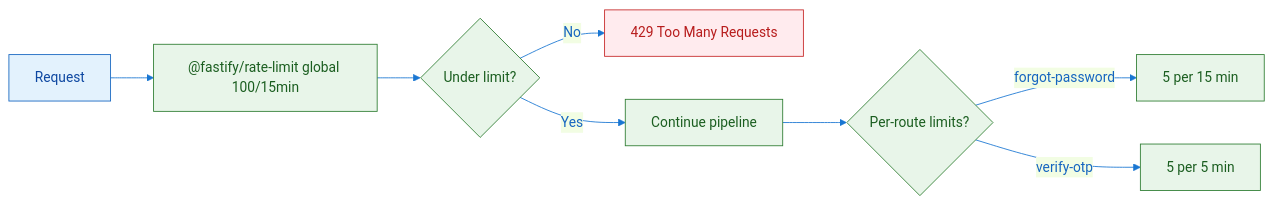
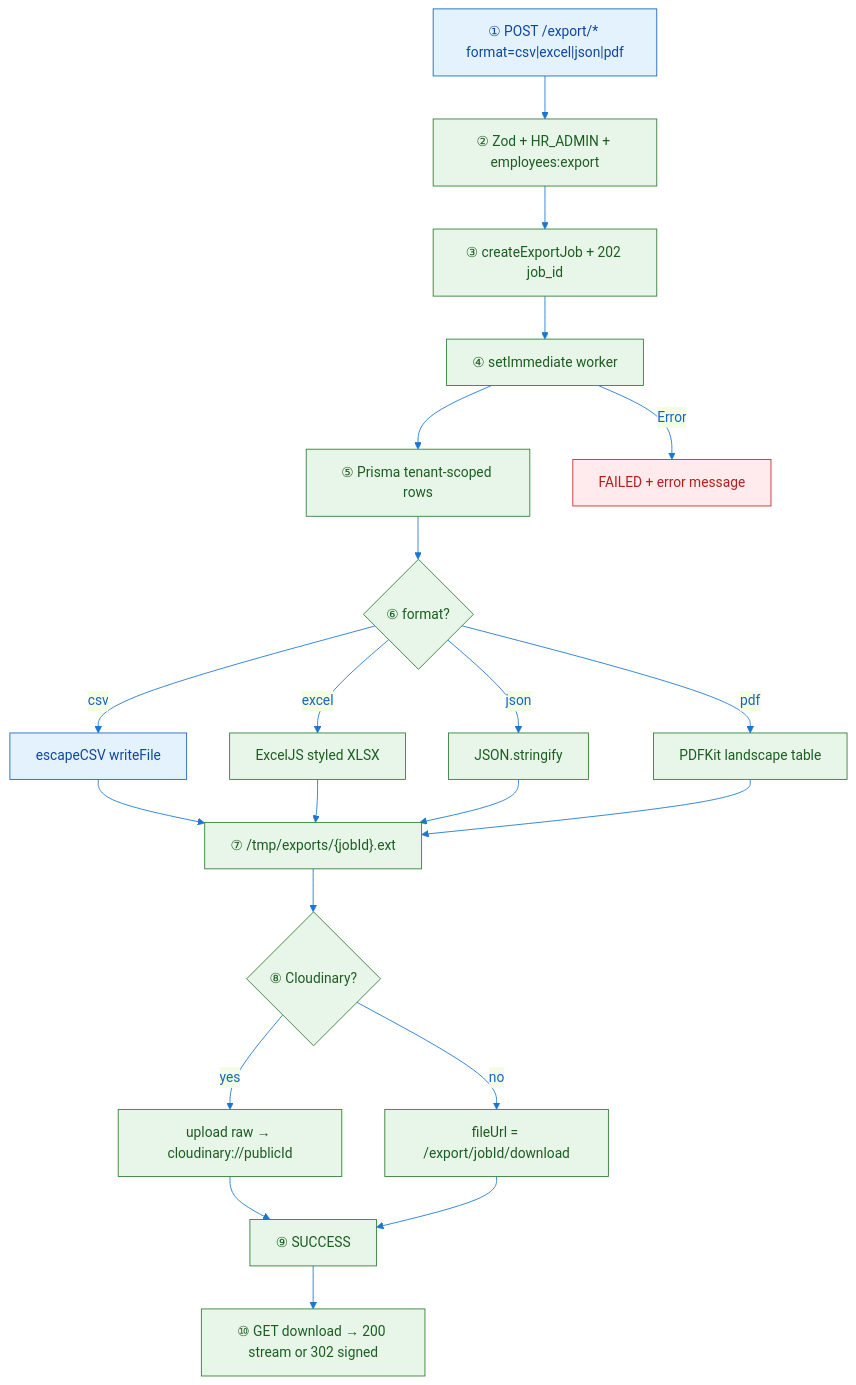
Before and after one commit to saeedafri/Employee-management-system: the diagram in docs/.pdf-assets/diagram-33.mmd, drawn with Mermaid. The commit also changed 114 other files, not shown here.

Commit message:
PDF and CSV files Changes

```diff
--- a/docs/.pdf-assets/diagram-33.mmd
+++ b/docs/.pdf-assets/diagram-33.mmd
@@ -1,18 +1,31 @@
-flowchart LR
+flowchart TD
 %%{init: {'theme': 'base', 'themeVariables': { 'primaryColor': '#e3f2fd', 'primaryTextColor': '#1565c0', 'lineColor': '#1976d2'}}}%%
-REQ[Request] --> RL["@fastify/rate-limit global 100/15min"]
-    RL --> OK{Under limit?}
-    OK -->|Yes| NEXT[Continue pipeline]
-    OK -->|No| 429[429 Too Many Requests]
-    NEXT --> ROUTE{Per-route limits?}
-    ROUTE -->|forgot-password| R5["5 per 15 min"]
-    ROUTE -->|verify-otp| R5b["5 per 5 min"]
+P1["① POST /export/* format=csv|excel|json|pdf"] --> P2["② Zod + HR_ADMIN + employees:export"]
+P2 --> P3["③ createExportJob + 202 job_id"]
+P3 --> P4["④ setImmediate worker"]
+P4 --> P5["⑤ Prisma tenant-scoped rows"]
+P5 --> P6{"⑥ format?"}
+P6 -->|csv| C1["escapeCSV writeFile"]
+P6 -->|excel| C2["ExcelJS styled XLSX"]
+P6 -->|json| C3["JSON.stringify"]
+P6 -->|pdf| C4["PDFKit landscape table"]
+C1 --> P7["⑦ /tmp/exports/{jobId}.ext"]
+C2 --> P7
+C3 --> P7
+C4 --> P7
+P7 --> P8{"⑧ Cloudinary?"}
+P8 -->|yes| P9["upload raw → cloudinary://publicId"]
+P8 -->|no| P10["fileUrl = /export/jobId/download"]
+P9 --> P11["⑨ SUCCESS"]
+P10 --> P11
+P11 --> P12["⑩ GET download → 200 stream or 302 signed"]
+P4 -->|Error| F1["FAILED + error message"]
 
 classDef client fill:#e3f2fd,stroke:#1565c0,color:#0d47a1
     classDef api fill:#e8f5e9,stroke:#2e7d32,color:#1b5e20
     classDef db fill:#fff3e0,stroke:#ef6c00,color:#e65100
     classDef external fill:#f3e5f5,stroke:#7b1fa2,color:#4a148c
     classDef warn fill:#ffebee,stroke:#c62828,color:#b71c1c
-    class REQ client
-    class NEXT,OK,R5,R5b,RL,ROUTE api
-    class 429 warn
+    class C1,P1 client
+    class C2,C3,C4,P10,P11,P12,P2,P3,P4,P5,P6,P7,P8,P9 api
+    class F1 warn
```
